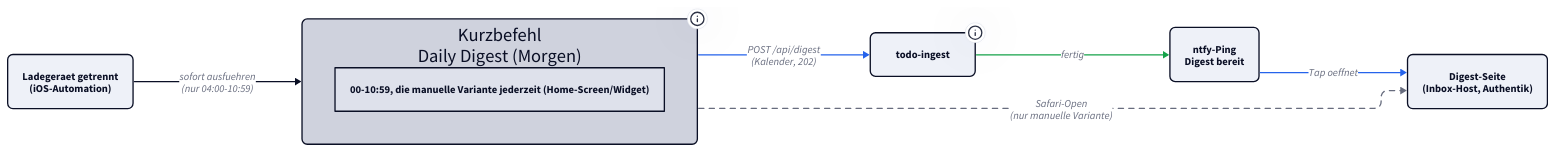
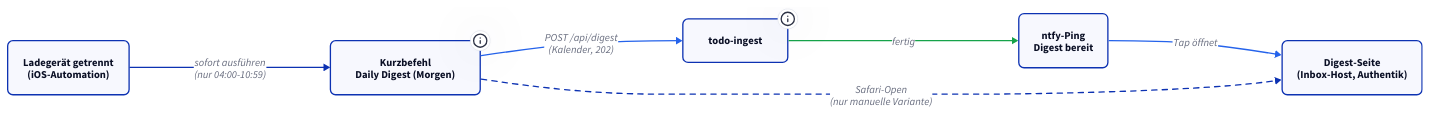
The second of 3 diagrams in docs/todo-ingest/betrieb.md (derever-labs/homelab-wiki), drawn with D2 before and after one commit. The commit also changed other lines of this file and 8 other files, not shown here.

First line of the commit message:
Diagramme fuer TALA ueberarbeiten (Batch B7) (#103)

````diff
--- a/docs/todo-ingest/betrieb.md
+++ b/docs/todo-ingest/betrieb.md
@@ -56,32 +49,25 @@
 ```d2
-vars: {
-  d2-config: {
-    theme-id: 1
-    layout-engine: elk
-  }
-}
-
 classes: {
   node: { style: { border-radius: 8 } }
 }
 
 direction: right
 
-Wecker: "Ladegeraet getrennt\n(iOS-Automation)" { class: node }
+Wecker: "Ladegerät getrennt\n(iOS-Automation)" { class: node }
 KB: "Kurzbefehl\nDaily Digest (Morgen)" {
   class: node
-  tooltip: Liest die kommenden Termine aller iPhone-Kalender und schickt sie als Zeilen-Text mit; die Morgen-Variante laeuft nur 04:00-10:59, die manuelle Variante jederzeit (Home-Screen/Widget)
+  tooltip: "Liest die kommenden Termine aller iPhone-Kalender und schickt sie als Zeilen-Text mit. Die Morgen-Variante läuft nur 04:00-10:59, die manuelle Variante jederzeit (Home-Screen/Widget)"
 }
 Svc: "todo-ingest" {
   class: node
-  tooltip: Debounce 5 min, dann ClickUp-Erhebung (Listen + zugewiesene, Teilausfall toleriert), Opus formuliert Headline/Top-3/Item-Texte, der Server garantiert Vollstaendigkeit und baut alle Links deterministisch
+  tooltip: "Debounce 5 min, dann ClickUp-Erhebung (Listen + zugewiesene Tasks, Teilausfall toleriert). Opus formuliert Headline, Top-3 und Item-Texte, der Server garantiert Vollständigkeit und baut alle Links deterministisch"
 }
 Seite: "Digest-Seite\n(Inbox-Host, Authentik)" { class: node }
 Push: "ntfy-Ping\nDigest bereit" { class: node }
 
-Wecker -> KB: "sofort ausfuehren\n(nur 04:00-10:59)"
+Wecker -> KB: "sofort ausführen\n(nur 04:00-10:59)"
 KB -> Svc: "POST /api/digest\n(Kalender, 202)" { style.stroke: "#2563eb" }
 Svc -> Push: "fertig" { style.stroke: "#16a34a" }
-Push -> Seite: "Tap oeffnet" { style.stroke: "#2563eb" }
+Push -> Seite: "Tap öffnet" { style.stroke: "#2563eb" }
 KB -> Seite: "Safari-Open\n(nur manuelle Variante)" { style.stroke-dash: 4 }
 ```
````
